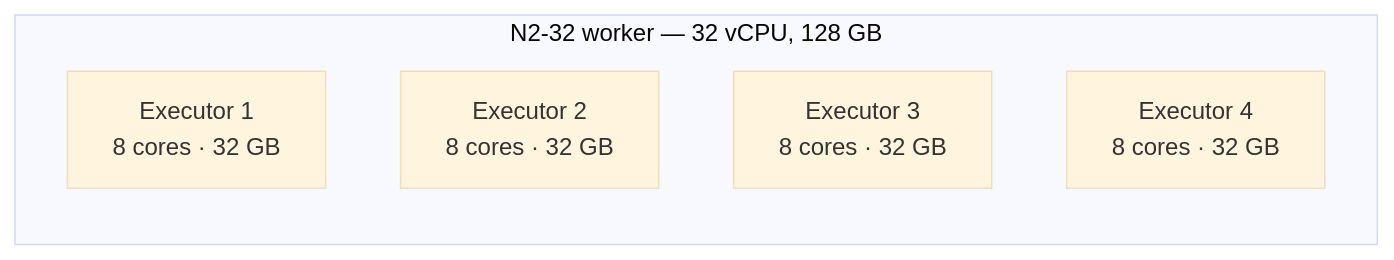
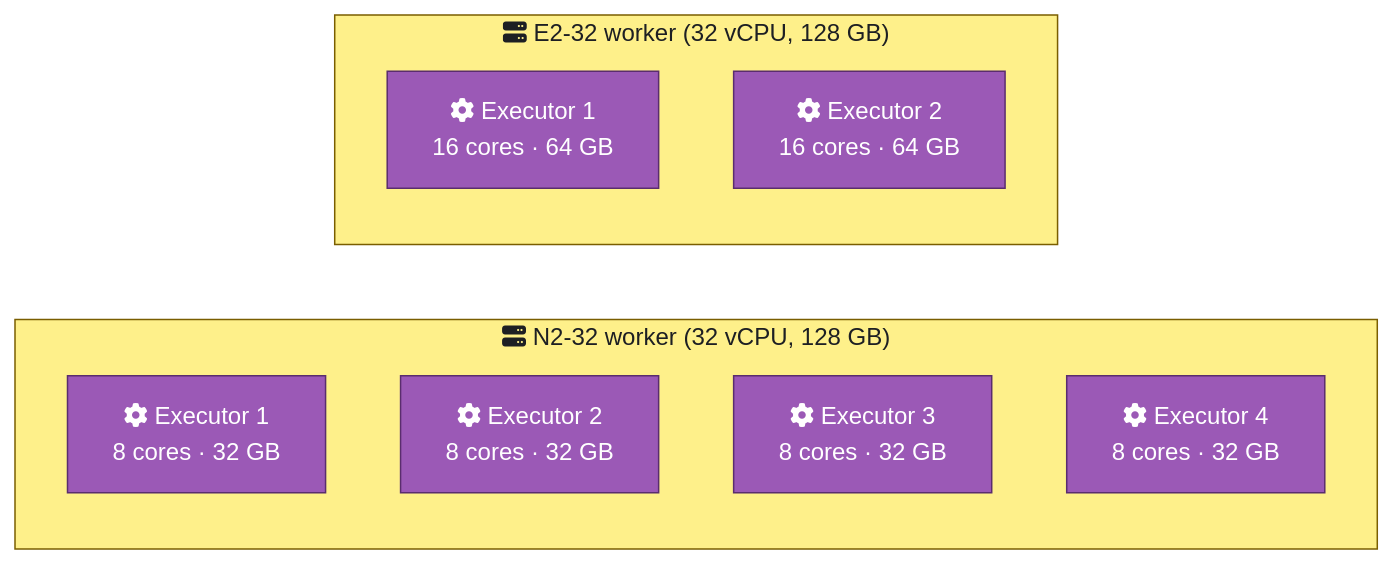
One commit to albertols/spark-cluster-job-tuner changed the second of 3 diagrams in README.md. Above: the diagram before and after it, drawn with Mermaid (base theme). The commit also changed other lines of this file and 29 other files, not shown here.

````diff
--- a/README.md
+++ b/README.md
@@ -59,10 +82,21 @@
 ```mermaid
-flowchart TB
-  subgraph N2-32 ["N2-32 worker — 32 vCPU, 128 GB"]
+flowchart LR
+  classDef container fill:#fef08a,stroke:#7a5e00,color:#1d1f23
+  classDef process   fill:#9b59b6,stroke:#5a2d6e,color:#fff
+
+  subgraph N2 ["fa:fa-server N2-32 worker (32 vCPU, 128 GB)"]
     direction TB
-    n1["Executor 1<br/>8 cores · 32 GB"]
-    n2["Executor 2<br/>8 cores · 32 GB"]
-    n3["Executor 3<br/>8 cores · 32 GB"]
-    n4["Executor 4<br/>8 cores · 32 GB"]
+    n1[fa:fa-cog Executor 1<br/>8 cores · 32 GB]:::process
+    n2[fa:fa-cog Executor 2<br/>8 cores · 32 GB]:::process
+    n3[fa:fa-cog Executor 3<br/>8 cores · 32 GB]:::process
+    n4[fa:fa-cog Executor 4<br/>8 cores · 32 GB]:::process
   end
+
+  subgraph E2 ["fa:fa-server E2-32 worker (32 vCPU, 128 GB)"]
+    direction TB
+    e1[fa:fa-cog Executor 1<br/>16 cores · 64 GB]:::process
+    e2[fa:fa-cog Executor 2<br/>16 cores · 64 GB]:::process
+  end
+
+  class N2,E2 container
 ```
````
